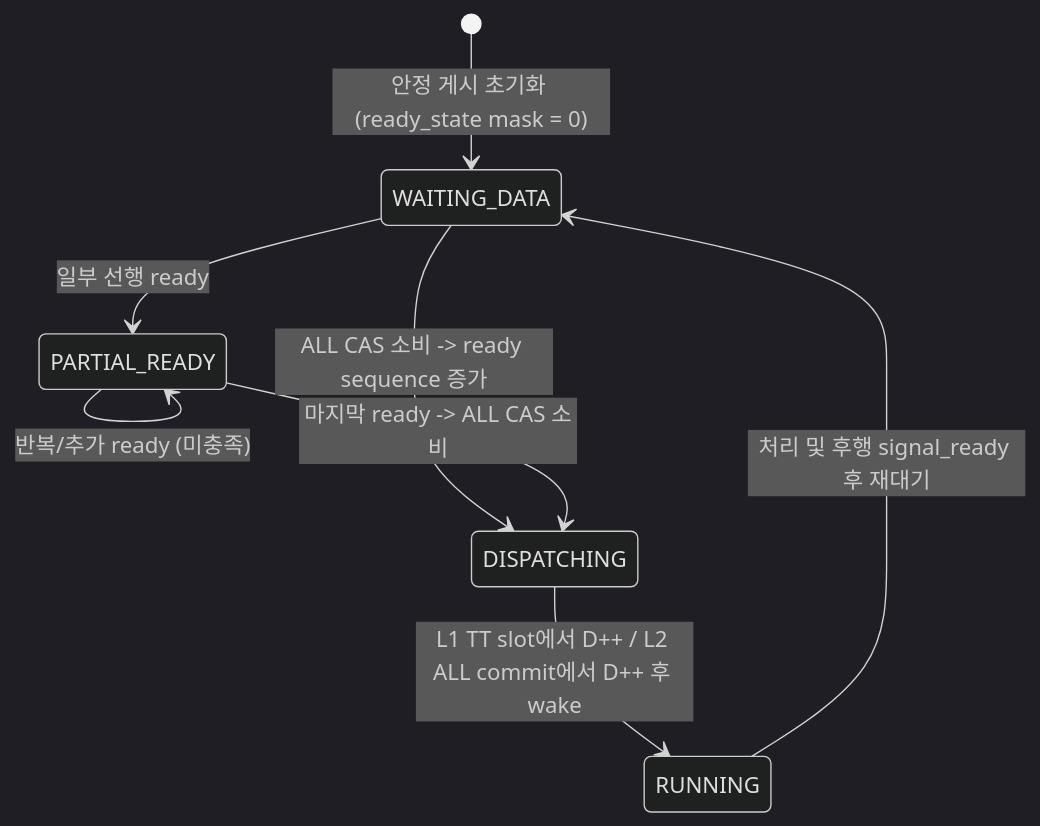
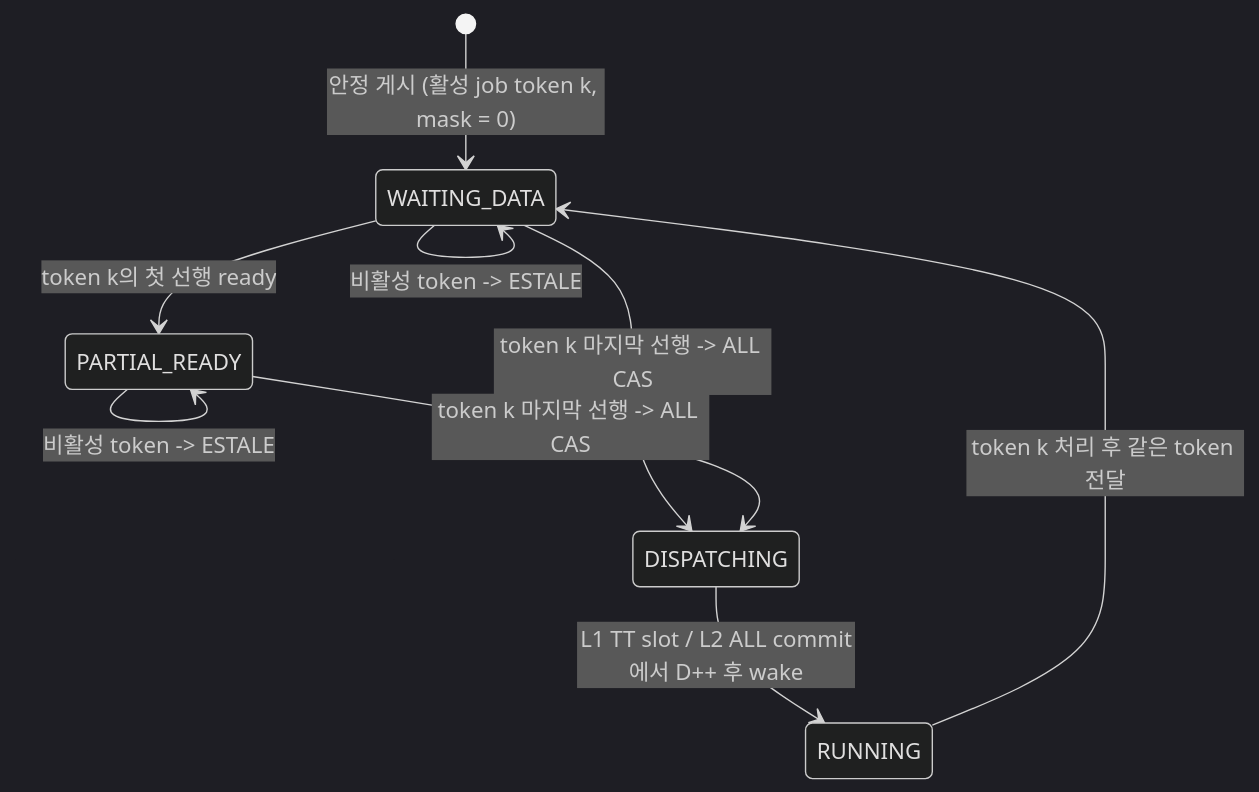
Before and after one commit to eclipse-timpani/timpani26: the second of 4 diagrams in doc/design/kor/HLD-009-data-driven-workload.md, drawn with Mermaid (dark theme). The commit also changed other lines of this file and 9 other files, not shown here.

````diff
--- a/doc/design/kor/HLD-009-data-driven-workload.md
+++ b/doc/design/kor/HLD-009-data-driven-workload.md
@@ -86,13 +88,16 @@
 ```mermaid
 stateDiagram-v2
-    [*] --> WAITING_DATA: 안정 게시 초기화 (ready_state mask = 0)
+    [*] --> WAITING_DATA: 안정 게시 (활성 job token k, mask = 0)
 
-    WAITING_DATA --> PARTIAL_READY: 일부 선행 ready
-    PARTIAL_READY --> PARTIAL_READY: 반복/추가 ready (미충족)
+    WAITING_DATA --> PARTIAL_READY: token k의 첫 선행 ready
+    PARTIAL_READY --> PARTIAL_READY: token k의 다른 선행 추가
+    PARTIAL_READY --> PARTIAL_READY: 같은 선행 token 중복 -> EALREADY
+    WAITING_DATA --> WAITING_DATA: 비활성 token -> ESTALE
+    PARTIAL_READY --> PARTIAL_READY: 비활성 token -> ESTALE
 
-    WAITING_DATA --> DISPATCHING: ALL CAS 소비 -> ready sequence 증가
-    PARTIAL_READY --> DISPATCHING: 마지막 ready -> ALL CAS 소비
+    WAITING_DATA --> DISPATCHING: token k 마지막 선행 -> ALL CAS
+    PARTIAL_READY --> DISPATCHING: token k 마지막 선행 -> ALL CAS
 
-    DISPATCHING --> RUNNING: L1 TT slot에서 D++ / L2 ALL commit에서 D++ 후 wake
-    RUNNING --> WAITING_DATA: 처리 및 후행 signal_ready 후 재대기
+    DISPATCHING --> RUNNING: L1 TT slot / L2 ALL commit에서 D++ 후 wake
+    RUNNING --> WAITING_DATA: token k 처리 후 같은 token 전달
 ```
````
